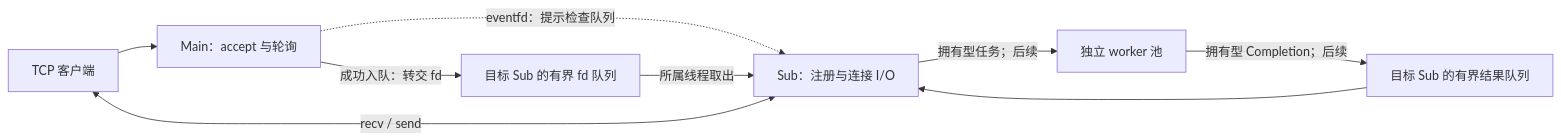
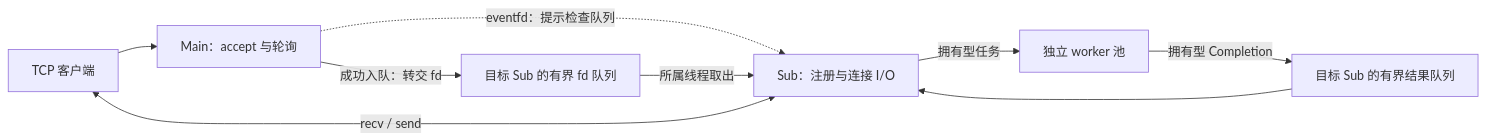
One commit to bitofux/siftwing changed the diagram in docs/THREAD_TOPOLOGY.md. Above: the diagram before and after it, drawn with Mermaid. The commit also changed other lines of this file and 36 other files, not shown here.

````diff
--- a/docs/THREAD_TOPOLOGY.md
+++ b/docs/THREAD_TOPOLOGY.md
@@ -27,11 +27,11 @@
 ```mermaid
 flowchart LR
     Peer[TCP 客户端] --> Main[Main：accept 与轮询]
     Main -->|成功入队：转交 fd| Queue[目标 Sub 的有界 fd 队列]
     Main -.->|eventfd：提示检查队列| Sub[Sub：注册与连接 I/O]
     Queue -->|所属线程取出| Sub
     Sub <-->|recv / send| Peer
-    Sub -->|拥有型任务；后续| Workers[独立 worker 池]
-    Workers -->|拥有型 Completion；后续| Results[目标 Sub 的有界结果队列]
+    Sub -->|拥有型任务| Workers[独立 worker 池]
+    Workers -->|拥有型 Completion| Results[目标 Sub 的有界结果队列]
     Results --> Sub
 ```
````
